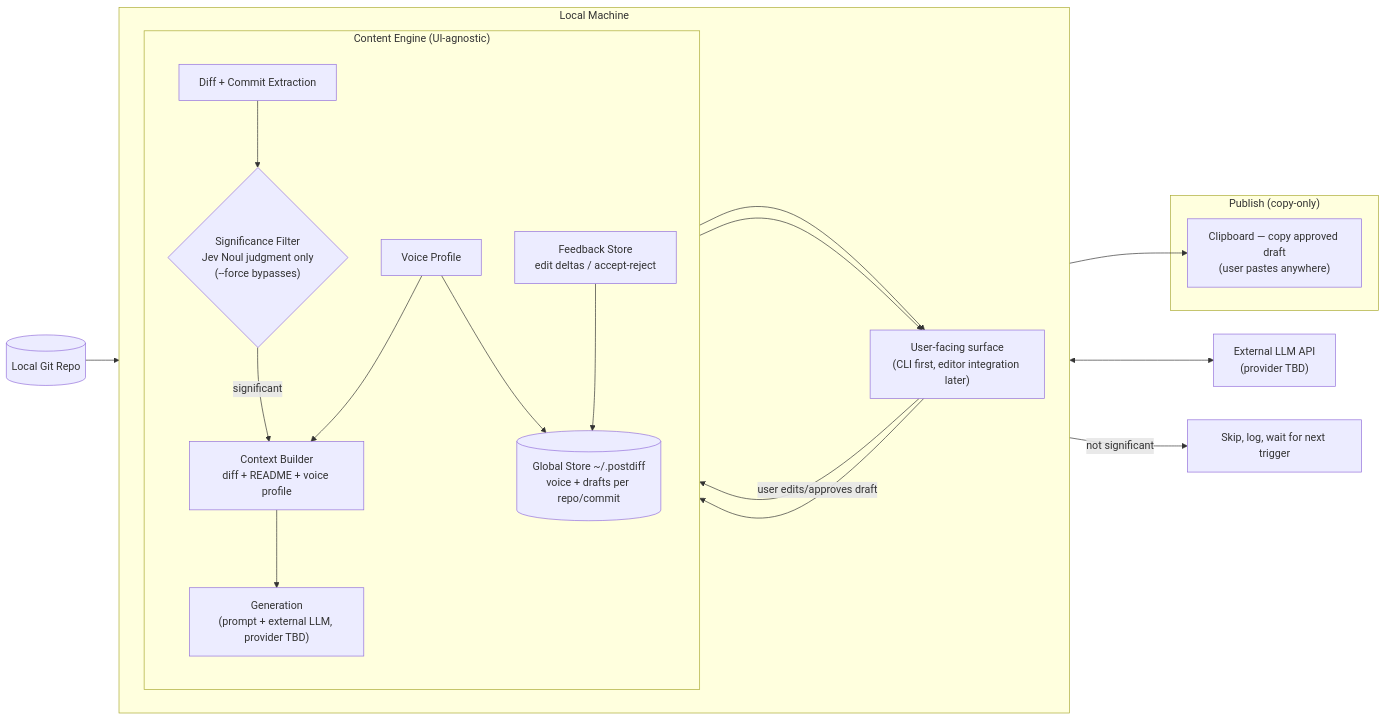
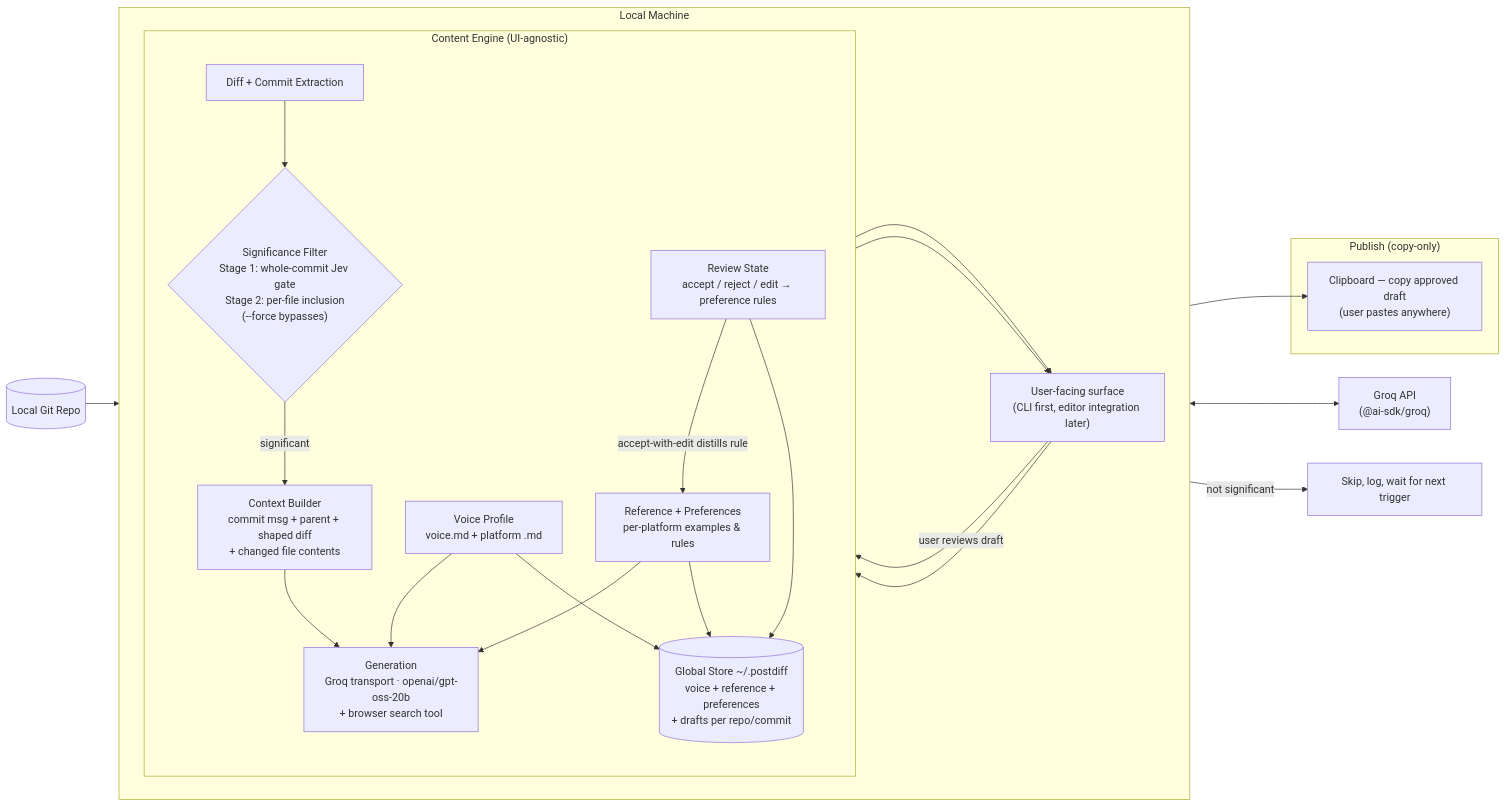
The diagram in README.md (ankitdey01/postdiff), drawn with Mermaid before and after one commit. The commit also changed other lines of this file and 4 other files, not shown here.

First line of the commit message:
feat(core): implement per-file inclusion filter and document completed architecture

````diff
--- a/README.md
+++ b/README.md
@@ -7,44 +7,48 @@
 ```mermaid
 flowchart LR
     GITREPO[(Local Git Repo)]
 
     subgraph LOCAL["Local Machine"]
         direction LR
 
         CLIENTS["User-facing surface\n(CLI first, editor integration later)"]
 
         subgraph ENGINE["Content Engine (UI-agnostic)"]
             direction TB
             GITMOD["Diff + Commit Extraction"]
-            FILTER{"Significance Filter\nJev Noul judgment only\n(--force bypasses)"}
-            CTX["Context Builder\ndiff + README + voice profile"]
-            GEN["Generation\n(prompt + external LLM, provider TBD)"]
-            VOICE["Voice Profile"]
-            FEEDBACK["Feedback Store\nedit deltas / accept-reject"]
-            STORE[("Global Store ~/.postdiff\nvoice + drafts per repo/commit")]
+            FILTER{"Significance Filter\nStage 1: whole-commit Jev gate\nStage 2: per-file inclusion\n(--force bypasses)"}
+            CTX["Context Builder\ncommit msg + parent + shaped diff\n+ changed file contents"]
+            GEN["Generation\nGroq transport · openai/gpt-oss-20b\n+ browser search tool"]
+            VOICE["Voice Profile\nvoice.md + platform .md"]
+            REF["Reference + Preferences\nper-platform examples & rules"]
+            REVIEW["Review State\naccept / reject / edit → preference rules"]
+            STORE[("Global Store ~/.postdiff\nvoice + reference + preferences\n+ drafts per repo/commit")]
         end
     end
 
-    LLM["External LLM API\n(provider TBD)"]
+    LLM["Groq API\n(@ai-sdk/groq)"]
 
     subgraph PUBLISH["Publish (copy-only)"]
         COPY["Clipboard — copy approved draft\n(user pastes anywhere)"]
     end
 
     GITREPO --> GITMOD
     CLIENTS --> ENGINE
     ENGINE --> CLIENTS
     GITMOD --> FILTER
     FILTER -- "not significant" --> SKIP["Skip, log, wait for next trigger"]
     FILTER -- "significant" --> CTX
-    VOICE --> CTX
     CTX --> GEN
+    VOICE --> GEN
+    REF --> GEN
     GEN <--> LLM
     GEN --> CLIENTS
 
-    CLIENTS -- "user edits/approves draft" --> FEEDBACK
-    FEEDBACK --> STORE
+    CLIENTS -- "user reviews draft" --> REVIEW
+    REVIEW -- "accept-with-edit distills rule" --> REF
+    REVIEW --> STORE
     VOICE --> STORE
+    REF --> STORE
 
     CLIENTS --> COPY
 ```
````
